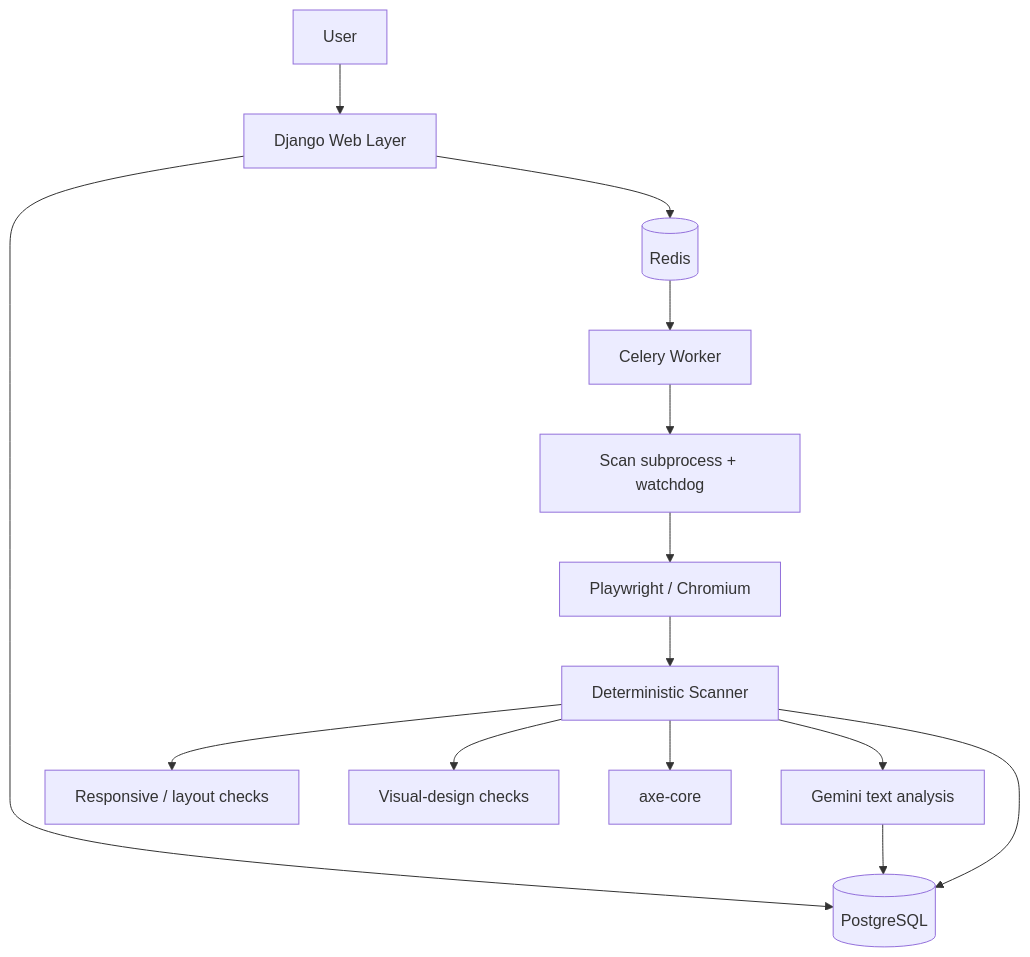
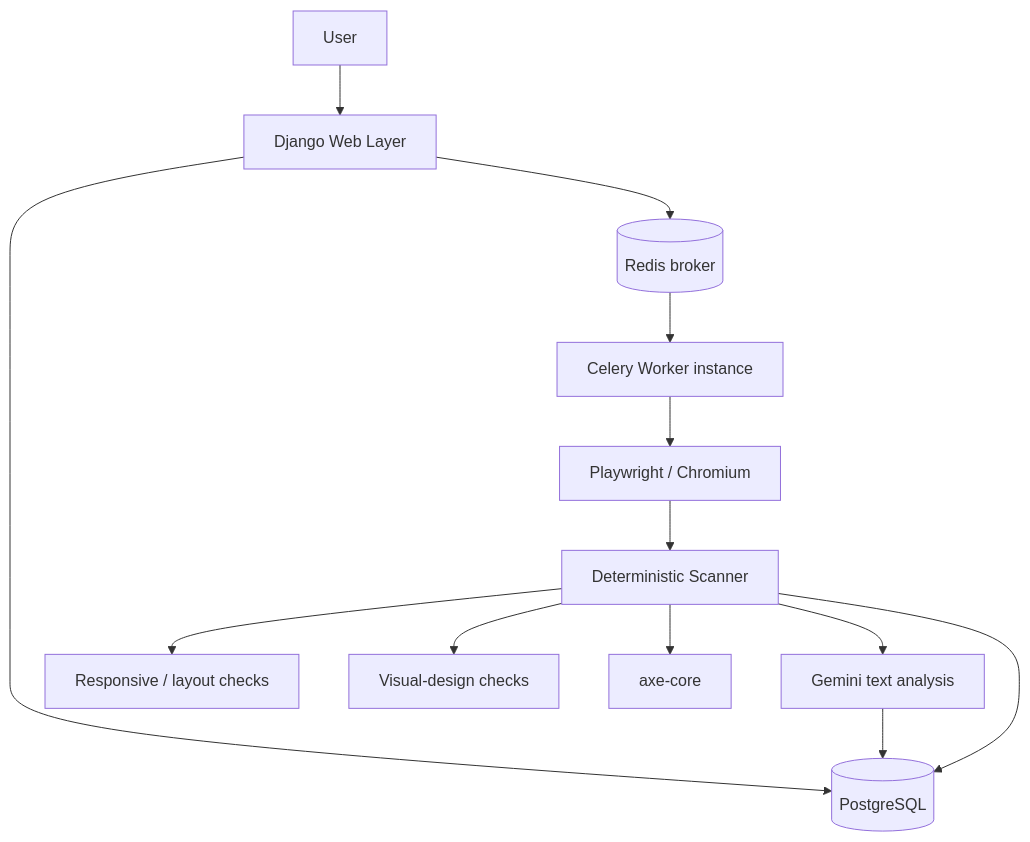
One commit to 1abhishek0948/Ai-Web-Doctor changed the diagram in README.md. Above: the diagram before and after it, drawn with Mermaid. The commit also changed other lines of this file and 2 other files, not shown here.

Commit message:
Run scans on a dedicated Celery worker instance to fix free-tier OOM

````diff
--- a/README.md
+++ b/README.md
@@ -230,16 +229,15 @@
 ```mermaid
 flowchart TD
     User[User] --> Django[Django Web Layer]
     Django --> PG[(PostgreSQL)]
-    Django --> Redis[(Redis)]
-    Redis --> Celery[Celery Worker]
-    Celery --> Sub[Scan subprocess + watchdog]
-    Sub --> PW[Playwright / Chromium]
+    Django --> Redis[(Redis broker)]
+    Redis --> Worker[Celery Worker instance]
+    Worker --> PW[Playwright / Chromium]
     PW --> Scanner[Deterministic Scanner]
     Scanner --> Responsive[Responsive / layout checks]
     Scanner --> Visual[Visual-design checks]
     Scanner --> Axe[axe-core]
     Scanner --> Gemini[Gemini text analysis]
     Scanner --> PG
     Gemini --> PG
 ```
````
